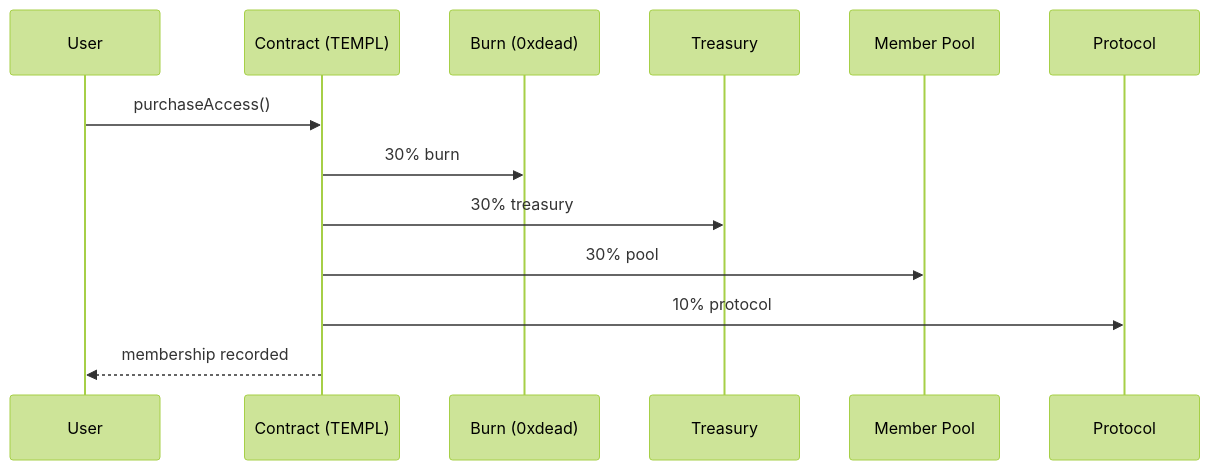
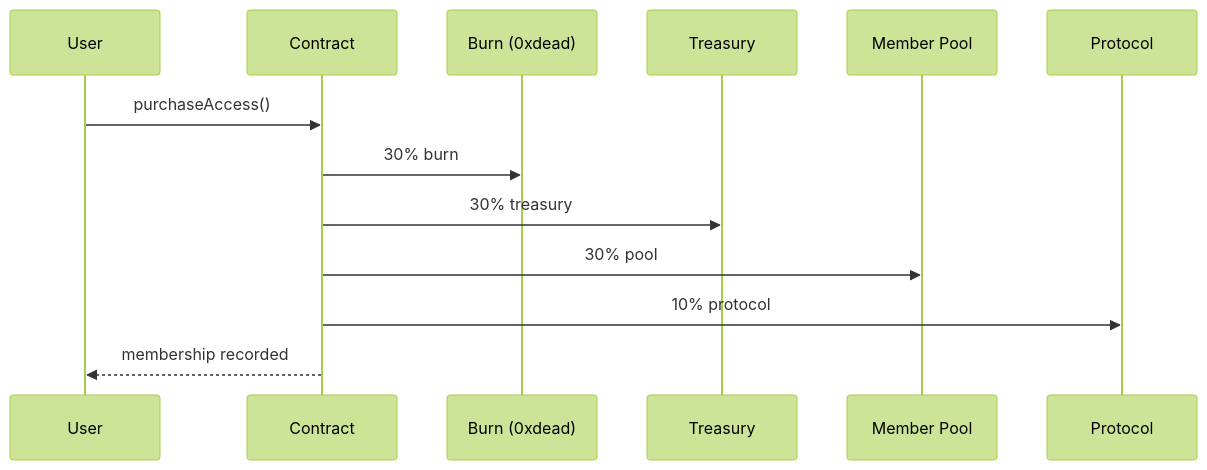
Before and after one commit to templ-fun/templ-evm-protocol: diagram 12 of 12 in CORE_FLOW_DOCS.MD, drawn with Mermaid (forest theme). The commit also changed other lines of this file, not shown here.

Commit message:
docs(core): standardize mermaid labels

````diff
--- a/CORE_FLOW_DOCS.MD
+++ b/CORE_FLOW_DOCS.MD
@@ -179,15 +179,15 @@
 ```mermaid
 sequenceDiagram
     participant U as User
-    participant C as Contract (TEMPL)
+    participant C as Contract
     participant Burn as Burn (0xdead)
     participant T as Treasury
-    participant P as Member Pool
+    participant Pool as Member Pool
     participant R as Protocol
     U->>C: purchaseAccess()
     C->>Burn: 30% burn
     C->>T: 30% treasury
-    C->>P: 30% pool
+    C->>Pool: 30% pool
     C->>R: 10% protocol
     C-->>U: membership recorded
 ```
````
